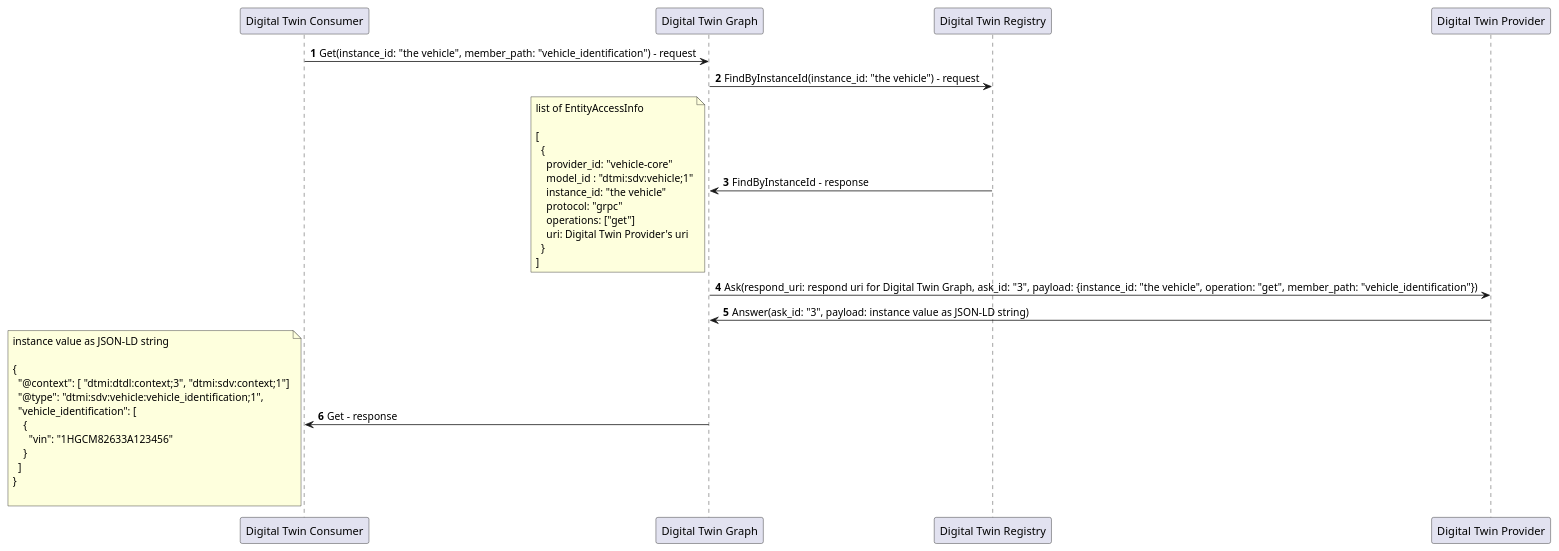
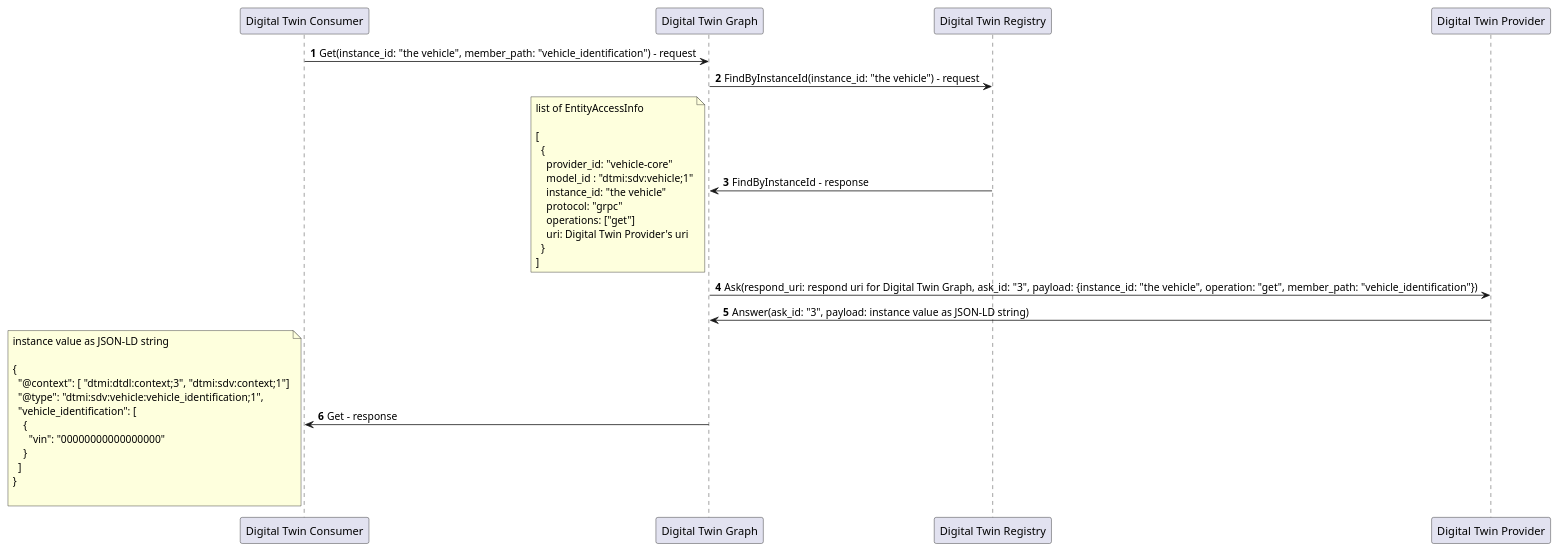
The diagram in docs/design/modules/digital_twin_graph/diagrams/get_sequence.puml (eclipse-ibeji/ibeji), drawn with PlantUML before and after one commit. The commit also changed 4 other files, not shown here.

Commit message:
Digital Twin Graph

```diff
--- a/docs/design/modules/digital_twin_graph/diagrams/get_sequence.puml
+++ b/docs/design/modules/digital_twin_graph/diagrams/get_sequence.puml
@@ -1,48 +1,48 @@
 @startuml
 
 autonumber
 
 participant "Digital Twin Consumer" as CONSUMER
 participant "Digital Twin Graph" as DIGITAL_TWIN_GRAPH
 participant "Digital Twin Registry" as DIGITAL_TWIN_REGISTRY
 participant "Digital Twin Provider" as PROVIDER
 
 CONSUMER -> DIGITAL_TWIN_GRAPH: Get(instance_id: "the vehicle", member_path: "vehicle_identification") - request
 
 DIGITAL_TWIN_GRAPH -> DIGITAL_TWIN_REGISTRY: FindByInstanceId(instance_id: "the vehicle") - request
 DIGITAL_TWIN_GRAPH <- DIGITAL_TWIN_REGISTRY: FindByInstanceId - response
 note left
   list of EntityAccessInfo
 
   [
     {
       provider_id: "vehicle-core"
       model_id : "dtmi:sdv:vehicle;1"
       instance_id: "the vehicle"
       protocol: "grpc"
       operations: ["get"]
       uri: Digital Twin Provider's uri
     }
   ]
 end note
 
 DIGITAL_TWIN_GRAPH -> PROVIDER: Ask(respond_uri: respond uri for Digital Twin Graph, ask_id: "3", payload: {instance_id: "the vehicle", operation: "get", member_path: "vehicle_identification"})
 DIGITAL_TWIN_GRAPH <- PROVIDER: Answer(ask_id: "3", payload: instance value as JSON-LD string)
 
 CONSUMER <- DIGITAL_TWIN_GRAPH: Get - response
 note left
   instance value as JSON-LD string
 
   {
     "@context": [ "dtmi:dtdl:context;3", "dtmi:sdv:context;1"]
     "@type": "dtmi:sdv:vehicle:vehicle_identification;1",
     "vehicle_identification": [
       {
-        "vin": "1HGCM82633A123456"
+        "vin": "00000000000000000"
       }
     ]
   }
 
 end note
 
 @enduml
```
